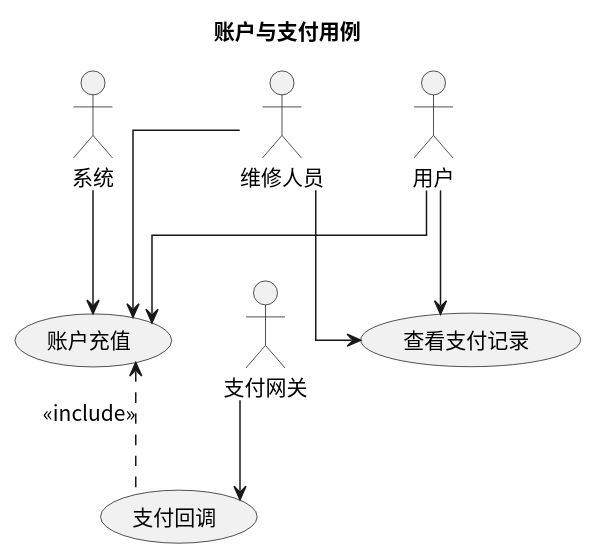
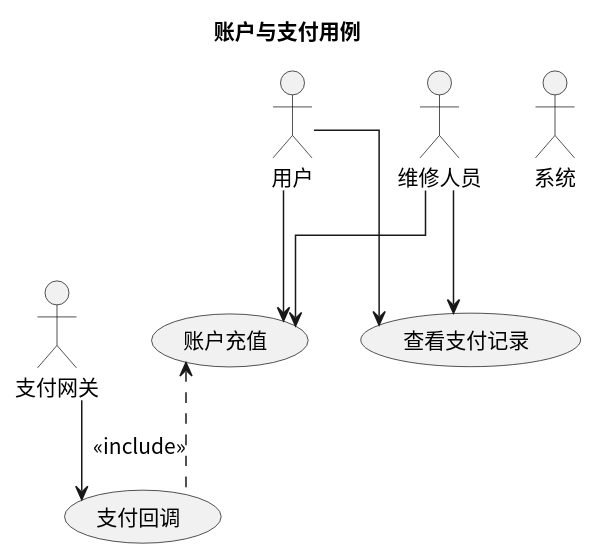
Before and after one commit to greenhandzdl/charging-station-doc: the diagram in usecase/docs/backend/src/account_payment.puml, drawn with PlantUML. The commit also changed 33 other files, not shown here.

First line of the commit message:
fix: 全量评估修复 — 授权加固、欠费冻结、幂等性、跨图一致性修复

```diff
--- a/usecase/docs/backend/src/account_payment.puml
+++ b/usecase/docs/backend/src/account_payment.puml
@@ -1,24 +1,23 @@
 @startuml
 skinparam defaultFontName "Noto Sans CJK SC"
 skinparam defaultFontSize 14
 title 账户与支付用例
 skinparam linetype ortho
 
 actor "用户" as U
 actor "维修人员" as M
 actor "支付网关" as P
 actor "系统" as S
 
 (账户充值)
 (支付回调)
 (查看支付记录)
 
 U --> 账户充值
 M --> 账户充值
 P --> 支付回调
-S --> 账户充值
 U --> 查看支付记录
 M --> 查看支付记录
 
 账户充值 <.down. 支付回调 : <<include>>
 @enduml
```
